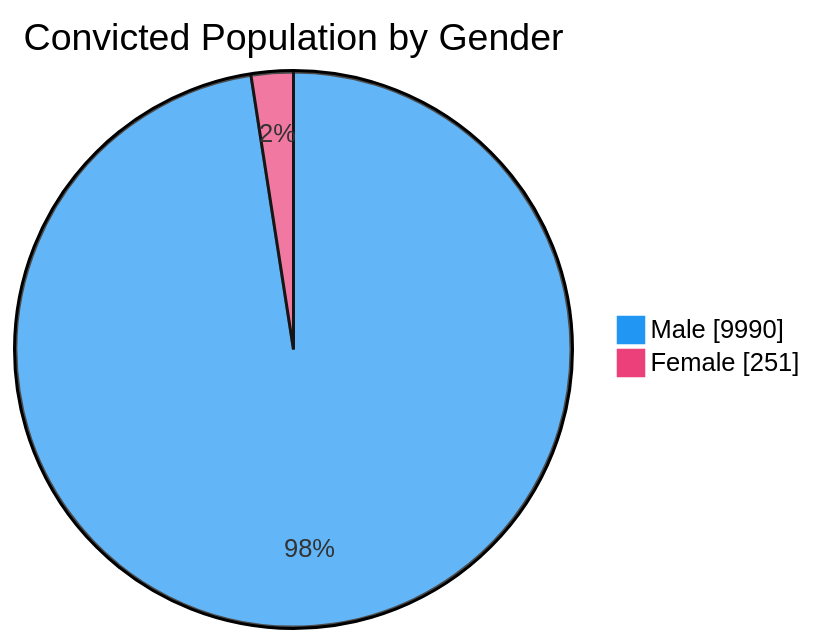
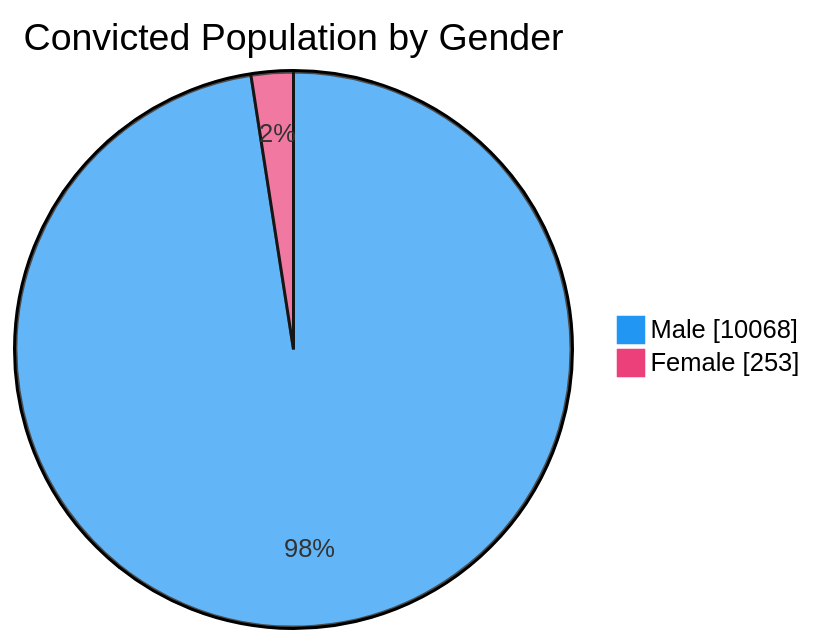
One commit to nuuuwan/lk_prisons changed the third of 7 diagrams in README.md. Above: the diagram before and after it, drawn with Mermaid. The commit also changed other lines of this file and 1 other file, not shown here.

````diff
--- a/README.md
+++ b/README.md
@@ -65,6 +65,6 @@
 ```mermaid
 %%{init: {'themeVariables': {'pie1': '#2196F3', 'pie2': '#EC407A'}}}%%
 pie showData title Convicted Population by Gender
-    "Male" : 9990
-    "Female" : 251
+    "Male" : 10068
+    "Female" : 253
 ```
````
